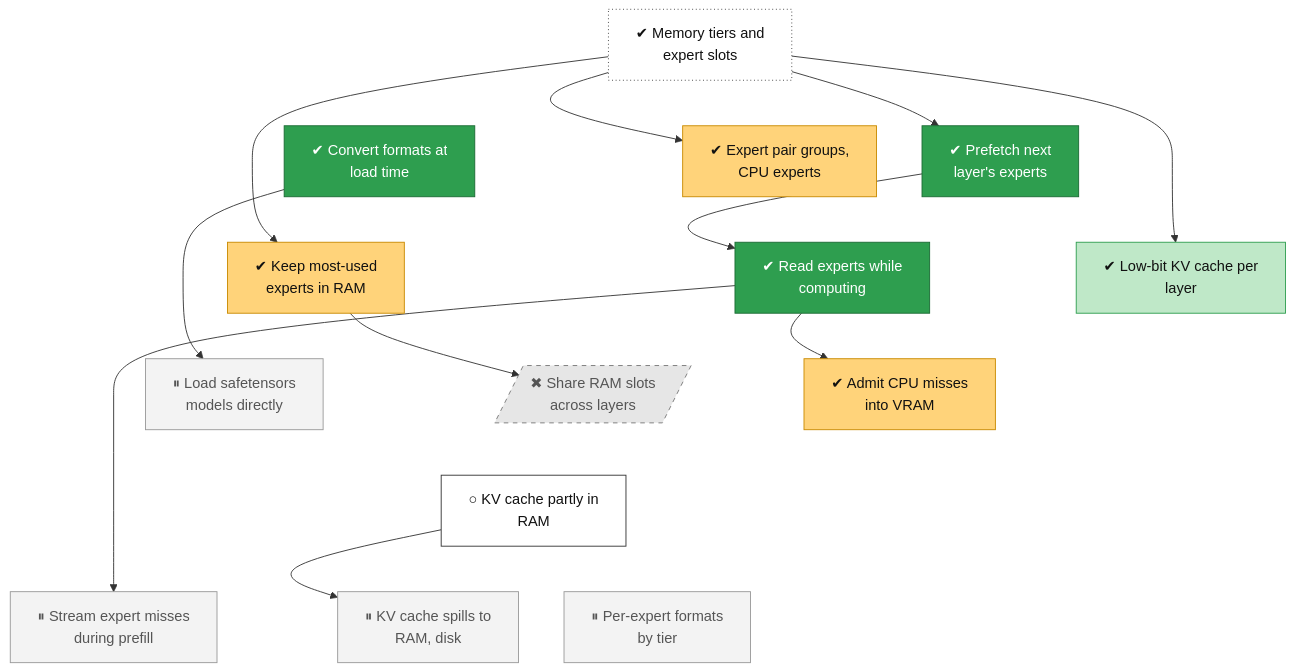
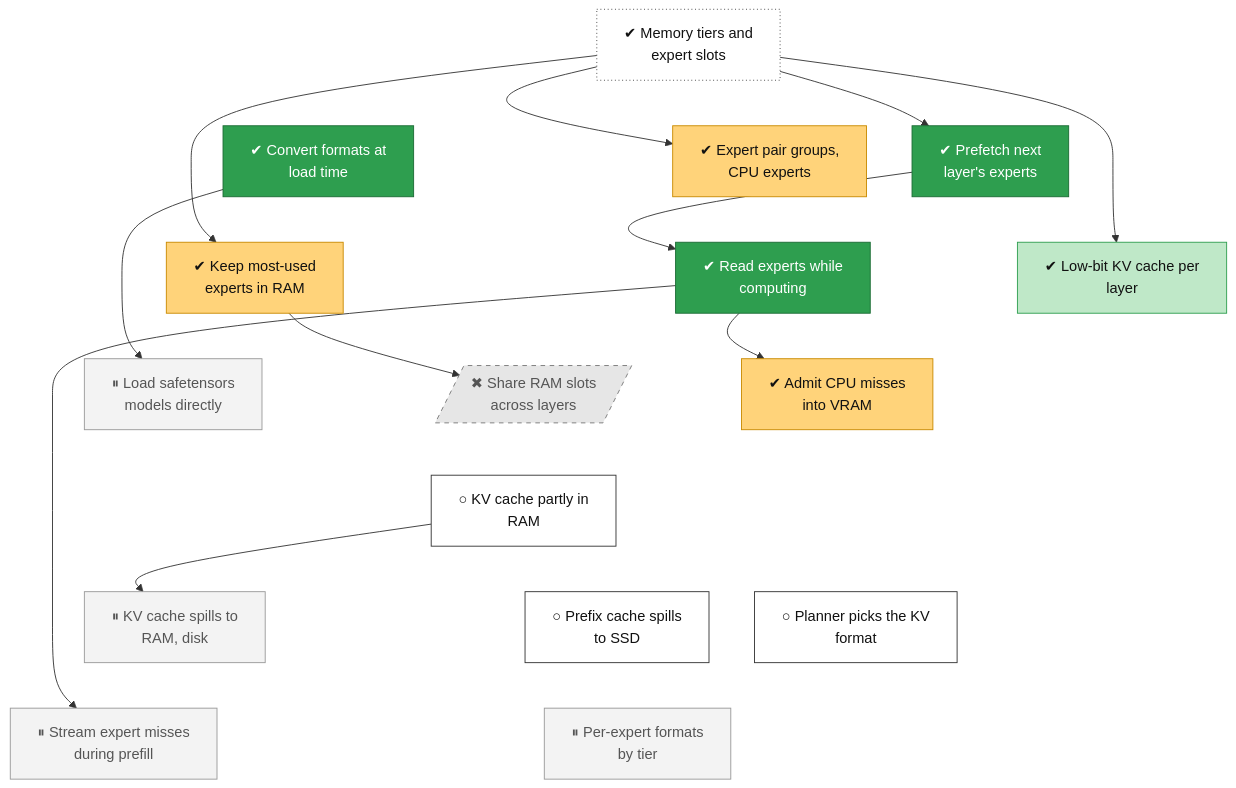
Before and after one commit to lhns/tetraeder: the diagram in docs/roadmap/tracks/memory.md, drawn with Mermaid. The commit also changed other lines of this file and 11 other files, not shown here.

Commit message:
Strata feature matrix (docs/notes/strata-parity.md, v0.2.20 from source), ADR 0085 (Proposed), tree nodes: bench-strata-q36 first, then an own qwen35moe builder; class 1 nodes kv-auto, ep-split, low-ram modes, prefix SSD (not measured)

````diff
--- a/docs/roadmap/tracks/memory.md
+++ b/docs/roadmap/tracks/memory.md
@@ -10,63 +10,68 @@
 ```mermaid
 flowchart TB
     memory_tiers["✔ Memory tiers and<br/>expert slots"]
     memory_pair_groups["✔ Expert pair groups,<br/>CPU experts"]
     memory_prefetch["✔ Prefetch next<br/>layer's experts"]
     memory_conversion["✔ Convert formats at<br/>load time"]
     memory_io_service["✔ Read experts while<br/>computing"]
     memory_low_bit_kv["✔ Low-bit KV cache per<br/>layer"]
     memory_ram_freq["✔ Keep most-used<br/>experts in RAM"]
     memory_adaptive_tier["✔ Admit CPU misses<br/>into VRAM"]
     memory_ram_pool[/"✖ Share RAM slots<br/>across layers"/]
     memory_safetensors["⏸ Load safetensors<br/>models directly"]
     memory_kv_host["○ KV cache partly in<br/>RAM"]
     memory_kv_tiers["⏸ KV cache spills to<br/>RAM, disk"]
+    memory_kv_auto["○ Planner picks the KV<br/>format"]
+    memory_prefix_ssd["○ Prefix cache spills<br/>to SSD"]
     memory_prefill_misses["⏸ Stream expert misses<br/>during prefill"]
     memory_typed_slots["⏸ Per-expert formats<br/>by tier"]
     memory_tiers ~~~ memory_pair_groups
     memory_tiers ~~~ memory_prefetch
     memory_tiers ~~~ memory_conversion
     memory_pair_groups ~~~ memory_io_service
     memory_prefetch ~~~ memory_low_bit_kv
     memory_conversion ~~~ memory_ram_freq
     memory_io_service ~~~ memory_adaptive_tier
     memory_low_bit_kv ~~~ memory_ram_pool
     memory_ram_freq ~~~ memory_safetensors
     memory_adaptive_tier ~~~ memory_kv_host
     memory_ram_pool ~~~ memory_kv_host
     memory_safetensors ~~~ memory_kv_host
     memory_kv_host ~~~ memory_kv_tiers
-    memory_kv_host ~~~ memory_prefill_misses
-    memory_kv_host ~~~ memory_typed_slots
+    memory_kv_host ~~~ memory_kv_auto
+    memory_kv_host ~~~ memory_prefix_ssd
+    memory_kv_tiers ~~~ memory_prefill_misses
+    memory_kv_auto ~~~ memory_typed_slots
+    memory_prefix_ssd ~~~ memory_typed_slots
     memory_tiers --> memory_pair_groups
     memory_tiers --> memory_prefetch
     memory_prefetch --> memory_io_service
     memory_tiers --> memory_low_bit_kv
     memory_tiers --> memory_ram_freq
     memory_io_service --> memory_adaptive_tier
     memory_ram_freq --> memory_ram_pool
     memory_conversion --> memory_safetensors
     memory_kv_host --> memory_kv_tiers
     memory_io_service --> memory_prefill_misses
     classDef vsucc fill:#2e9e4f,stroke:#1b6b34,color:#fff
     classDef succ fill:#bfe8c8,stroke:#2e9e4f,color:#111
     classDef mixed fill:#ffd37a,stroke:#c98a00,color:#111
     classDef bad fill:#f28b82,stroke:#b3261e,color:#111
     classDef dead fill:#e6e6e6,stroke:#777,stroke-dasharray:5 5,color:#555
     classDef inprog fill:#a8cdf5,stroke:#1f6fc5,color:#111
     classDef next fill:#fff,stroke:#333,color:#111
     classDef blocked fill:#fff,stroke:#b3261e,stroke-dasharray:2 2,color:#111
     classDef parked fill:#f3f3f3,stroke:#999,color:#555
     classDef unrated fill:#fff,stroke:#333,stroke-dasharray:1 3,color:#111
     classDef gate fill:#d9c2f0,stroke:#7b3fb5,color:#111
     classDef decided fill:#ece0f7,stroke:#7b3fb5,stroke-dasharray:2 2,color:#111
     classDef finding fill:#ffe0b2,stroke:#d84315,stroke-width:2px,color:#111
     classDef waiting fill:#e3f2fd,stroke:#1f6fc5,stroke-dasharray:5 5,color:#111
     class memory_tiers unrated
     class memory_pair_groups,memory_ram_freq,memory_adaptive_tier mixed
     class memory_prefetch,memory_conversion,memory_io_service vsucc
     class memory_low_bit_kv succ
     class memory_ram_pool dead
     class memory_safetensors,memory_kv_tiers,memory_prefill_misses,memory_typed_slots parked
-    class memory_kv_host next
+    class memory_kv_host,memory_kv_auto,memory_prefix_ssd next
 ```
````
